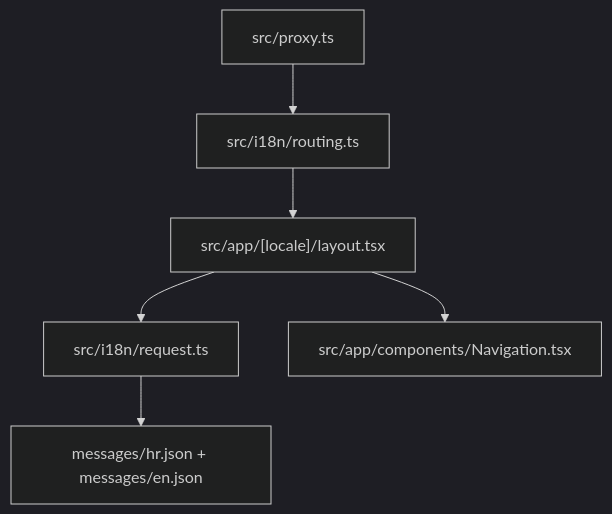
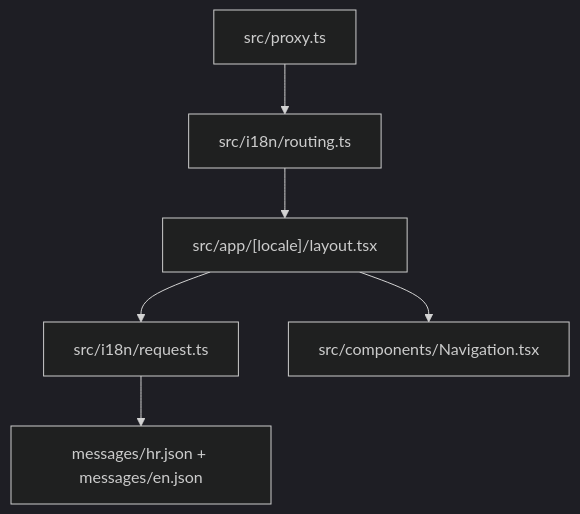
Before and after one commit to ipavic933-spec/website-pavic: the diagram in lode/i18n/summary.md, drawn with Mermaid (dark theme). The commit also changed other lines of this file and 5 other files, not shown here.

````diff
--- a/lode/i18n/summary.md
+++ b/lode/i18n/summary.md
@@ -10,8 +11,8 @@
 ```mermaid
 flowchart TD
   Proxy["src/proxy.ts"] --> Routing["src/i18n/routing.ts"]
   Routing --> LocaleLayout["src/app/[locale]/layout.tsx"]
   LocaleLayout --> Request["src/i18n/request.ts"]
   Request --> Messages["messages/hr.json + messages/en.json"]
-  LocaleLayout --> Navigation["src/app/components/Navigation.tsx"]
+  LocaleLayout --> Navigation["src/components/Navigation.tsx"]
 ```
````
